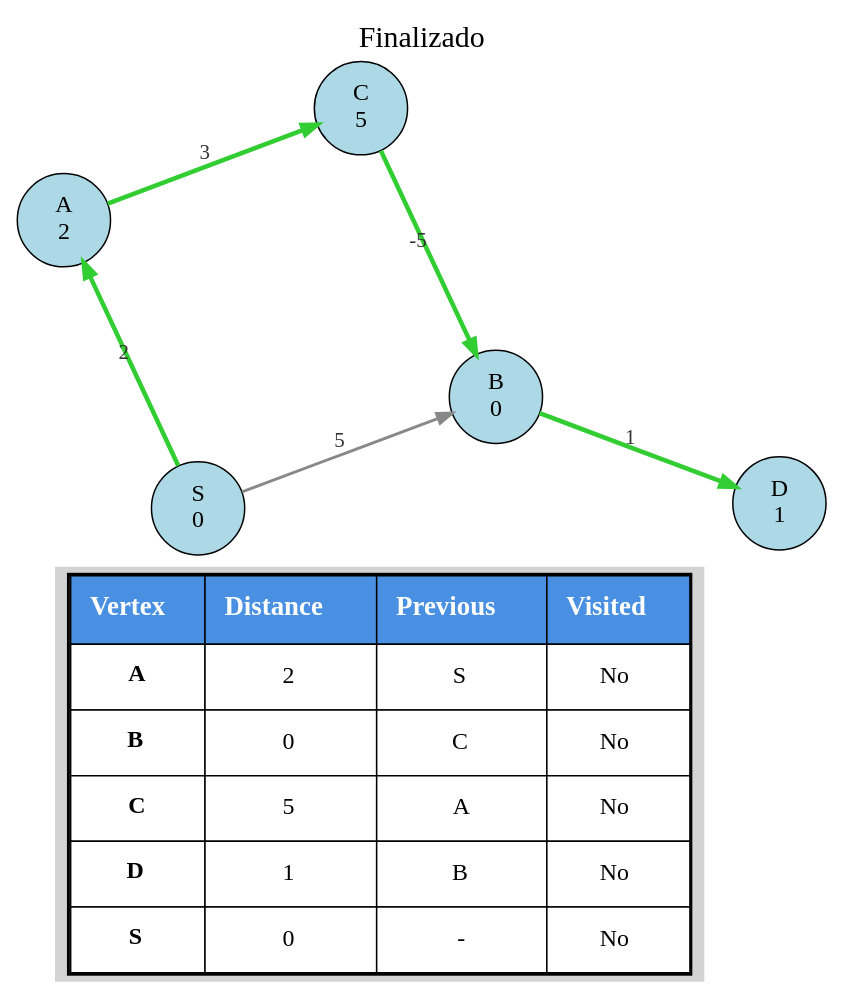
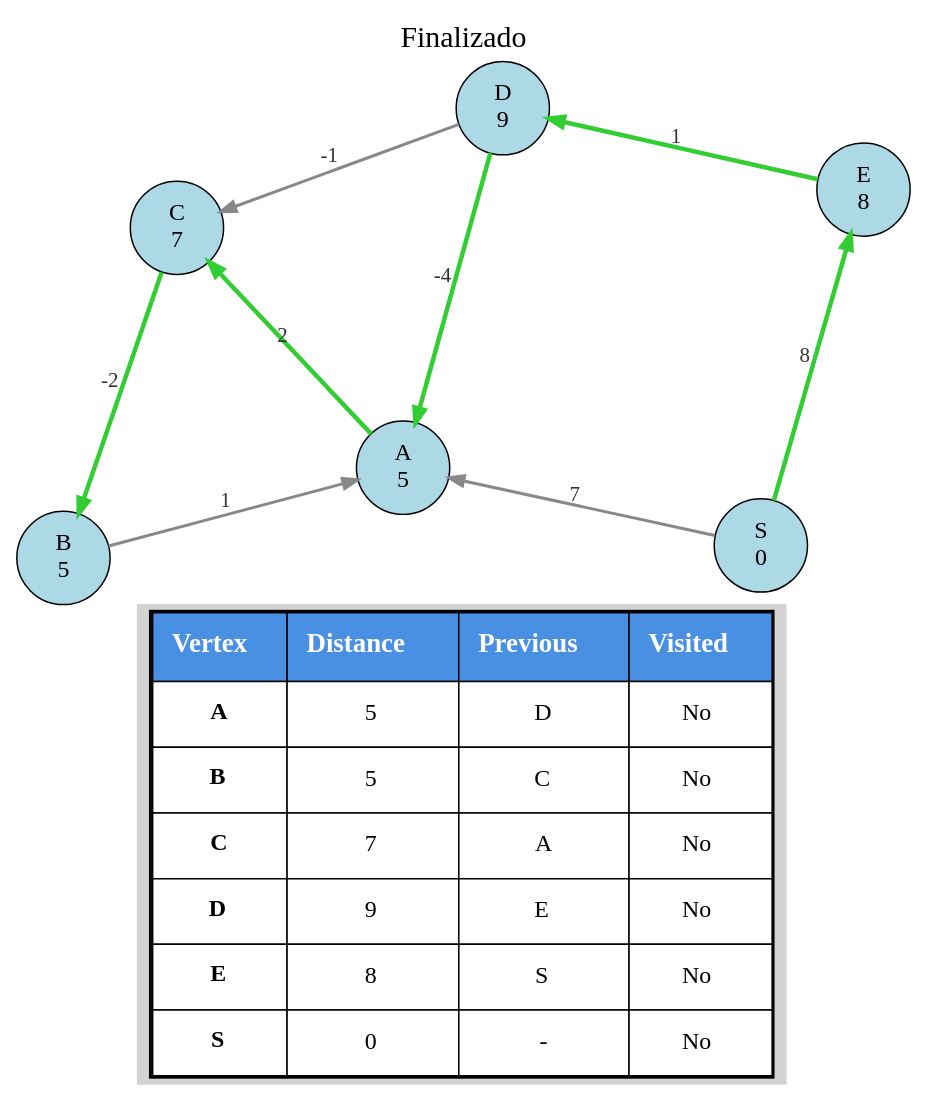
Before and after one commit to gucardona/bellman-ford: the diagram in out/bellman.dot, drawn with Graphviz. The commit also changed 69 other files, not shown here.

```diff
--- a/out/bellman.dot
+++ b/out/bellman.dot
@@ -1,30 +1,35 @@
 digraph G {
   layout=neato;
   overlap=false;
   splines=true;
   node [shape=circle, style=filled, fontsize=16, width=0.8, height=0.8];
   edge [fontsize=14, fontcolor="#333333", dir=forward];
   labelloc="t";
   label="Finalizado";
   fontsize=20;
   fontname="Arial Bold";
 
+  "B" [fillcolor="#ADD8E6", label="B
+5", pos="0.375000,2.250000!"];
+  "D" [fillcolor="#ADD8E6", label="D
+9", pos="3.827100,5.783500!"];
   "S" [fillcolor="#ADD8E6", label="S
-0", pos="1.510200,2.250000!"];
+0", pos="5.854700,2.348040!"];
   "A" [fillcolor="#ADD8E6", label="A
-2", pos="0.375000,4.687600!"];
-  "B" [fillcolor="#ADD8E6", label="B
-0", pos="4.030600,3.193300!"];
+5", pos="3.043500,2.958670!"];
+  "E" [fillcolor="#ADD8E6", label="E
+8", pos="6.661200,5.144800!"];
   "C" [fillcolor="#ADD8E6", label="C
-5", pos="2.888400,5.635400!"];
-  "D" [fillcolor="#ADD8E6", label="D
-1", pos="6.429300,2.291830!"];
+7", pos="1.266800,4.844000!"];
 
-  "S" -> "A" [label="2", color="#32CD32", penwidth=3];
-  "S" -> "B" [label="5", color="#888888", penwidth=2];
-  "A" -> "C" [label="3", color="#32CD32", penwidth=3];
-  "C" -> "B" [label="-5", color="#32CD32", penwidth=3];
-  "B" -> "D" [label="1", color="#32CD32", penwidth=3];
+  "S" -> "A" [label="7", color="#888888", penwidth=2];
+  "S" -> "E" [label="8", color="#32CD32", penwidth=3];
+  "A" -> "C" [label="2", color="#32CD32", penwidth=3];
+  "B" -> "A" [label="1", color="#888888", penwidth=2];
+  "C" -> "B" [label="-2", color="#32CD32", penwidth=3];
+  "D" -> "A" [label="-4", color="#32CD32", penwidth=3];
+  "D" -> "C" [label="-1", color="#888888", penwidth=2];
+  "E" -> "D" [label="1", color="#32CD32", penwidth=3];
 
-  table [shape=plaintext, label=<<TABLE BORDER="2" CELLBORDER="1" CELLSPACING="0" CELLPADDING="12" BGCOLOR="white"><TR><TD BGCOLOR="#4A90E2"><FONT COLOR="white" POINT-SIZE="18"><B>Vertex</B></FONT></TD><TD BGCOLOR="#4A90E2"><FONT COLOR="white" POINT-SIZE="18"><B>Distance</B></FONT></TD><TD BGCOLOR="#4A90E2"><FONT COLOR="white" POINT-SIZE="18"><B>Previous</B></FONT></TD><TD BGCOLOR="#4A90E2"><FONT COLOR="white" POINT-SIZE="18"><B>Visited</B></FONT></TD></TR><TR><TD BGCOLOR="#FFFFFF"><FONT POINT-SIZE="16"><B>A</B></FONT></TD><TD BGCOLOR="#FFFFFF"><FONT POINT-SIZE="16">2</FONT></TD><TD BGCOLOR="#FFFFFF"><FONT POINT-SIZE="16">S</FONT></TD><TD BGCOLOR="#FFFFFF"><FONT POINT-SIZE="16">No</FONT></TD></TR><TR><TD BGCOLOR="#FFFFFF"><FONT POINT-SIZE="16"><B>B</B></FONT></TD><TD BGCOLOR="#FFFFFF"><FONT POINT-SIZE="16">0</FONT></TD><TD BGCOLOR="#FFFFFF"><FONT POINT-SIZE="16">C</FONT></TD><TD BGCOLOR="#FFFFFF"><FONT POINT-SIZE="16">No</FONT></TD></TR><TR><TD BGCOLOR="#FFFFFF"><FONT POINT-SIZE="16"><B>C</B></FONT></TD><TD BGCOLOR="#FFFFFF"><FONT POINT-SIZE="16">5</FONT></TD><TD BGCOLOR="#FFFFFF"><FONT POINT-SIZE="16">A</FONT></TD><TD BGCOLOR="#FFFFFF"><FONT POINT-SIZE="16">No</FONT></TD></TR><TR><TD BGCOLOR="#FFFFFF"><FONT POINT-SIZE="16"><B>D</B></FONT></TD><TD BGCOLOR="#FFFFFF"><FONT POINT-SIZE="16">1</FONT></TD><TD BGCOLOR="#FFFFFF"><FONT POINT-SIZE="16">B</FONT></TD><TD BGCOLOR="#FFFFFF"><FONT POINT-SIZE="16">No</FONT></TD></TR><TR><TD BGCOLOR="#FFFFFF"><FONT POINT-SIZE="16"><B>S</B></FONT></TD><TD BGCOLOR="#FFFFFF"><FONT POINT-SIZE="16">0</FONT></TD><TD BGCOLOR="#FFFFFF"><FONT POINT-SIZE="16">-</FONT></TD><TD BGCOLOR="#FFFFFF"><FONT POINT-SIZE="16">No</FONT></TD></TR></TABLE>>, pos="3.046700,0.000000!"];
+  table [shape=plaintext, label=<<TABLE BORDER="2" CELLBORDER="1" CELLSPACING="0" CELLPADDING="12" BGCOLOR="white"><TR><TD BGCOLOR="#4A90E2"><FONT COLOR="white" POINT-SIZE="18"><B>Vertex</B></FONT></TD><TD BGCOLOR="#4A90E2"><FONT COLOR="white" POINT-SIZE="18"><B>Distance</B></FONT></TD><TD BGCOLOR="#4A90E2"><FONT COLOR="white" POINT-SIZE="18"><B>Previous</B></FONT></TD><TD BGCOLOR="#4A90E2"><FONT COLOR="white" POINT-SIZE="18"><B>Visited</B></FONT></TD></TR><TR><TD BGCOLOR="#FFFFFF"><FONT POINT-SIZE="16"><B>A</B></FONT></TD><TD BGCOLOR="#FFFFFF"><FONT POINT-SIZE="16">5</FONT></TD><TD BGCOLOR="#FFFFFF"><FONT POINT-SIZE="16">D</FONT></TD><TD BGCOLOR="#FFFFFF"><FONT POINT-SIZE="16">No</FONT></TD></TR><TR><TD BGCOLOR="#FFFFFF"><FONT POINT-SIZE="16"><B>B</B></FONT></TD><TD BGCOLOR="#FFFFFF"><FONT POINT-SIZE="16">5</FONT></TD><TD BGCOLOR="#FFFFFF"><FONT POINT-SIZE="16">C</FONT></TD><TD BGCOLOR="#FFFFFF"><FONT POINT-SIZE="16">No</FONT></TD></TR><TR><TD BGCOLOR="#FFFFFF"><FONT POINT-SIZE="16"><B>C</B></FONT></TD><TD BGCOLOR="#FFFFFF"><FONT POINT-SIZE="16">7</FONT></TD><TD BGCOLOR="#FFFFFF"><FONT POINT-SIZE="16">A</FONT></TD><TD BGCOLOR="#FFFFFF"><FONT POINT-SIZE="16">No</FONT></TD></TR><TR><TD BGCOLOR="#FFFFFF"><FONT POINT-SIZE="16"><B>D</B></FONT></TD><TD BGCOLOR="#FFFFFF"><FONT POINT-SIZE="16">9</FONT></TD><TD BGCOLOR="#FFFFFF"><FONT POINT-SIZE="16">E</FONT></TD><TD BGCOLOR="#FFFFFF"><FONT POINT-SIZE="16">No</FONT></TD></TR><TR><TD BGCOLOR="#FFFFFF"><FONT POINT-SIZE="16"><B>E</B></FONT></TD><TD BGCOLOR="#FFFFFF"><FONT POINT-SIZE="16">8</FONT></TD><TD BGCOLOR="#FFFFFF"><FONT POINT-SIZE="16">S</FONT></TD><TD BGCOLOR="#FFFFFF"><FONT POINT-SIZE="16">No</FONT></TD></TR><TR><TD BGCOLOR="#FFFFFF"><FONT POINT-SIZE="16"><B>S</B></FONT></TD><TD BGCOLOR="#FFFFFF"><FONT POINT-SIZE="16">0</FONT></TD><TD BGCOLOR="#FFFFFF"><FONT POINT-SIZE="16">-</FONT></TD><TD BGCOLOR="#FFFFFF"><FONT POINT-SIZE="16">No</FONT></TD></TR></TABLE>>, pos="3.504717,0.000000!"];
 }
```
